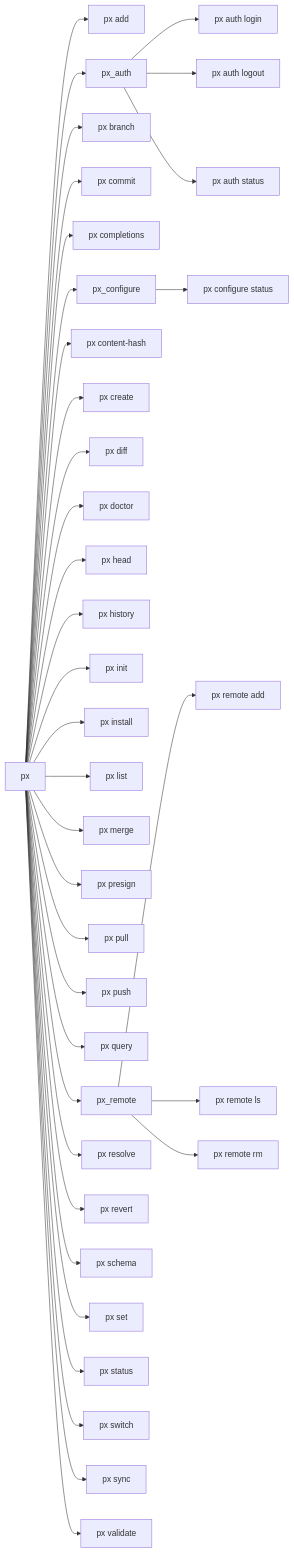
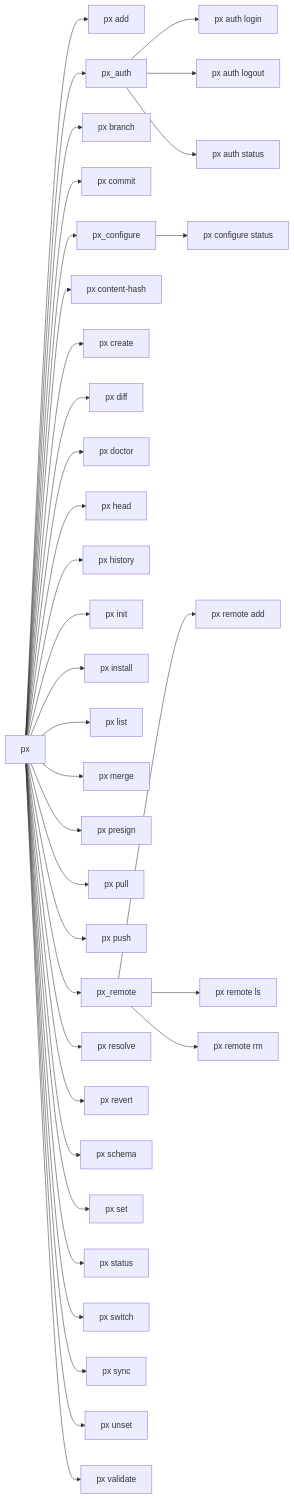
The diagram in docs/generated/commands.mermaid (portalshq/narrativeengine), drawn with Mermaid before and after one commit. The commit also changed 59 other files, not shown here.

```diff
--- a/docs/generated/commands.mermaid
+++ b/docs/generated/commands.mermaid
@@ -1,37 +1,36 @@
 graph LR
     px["px"] --> px_add["px add"]
     px["px"] --> px_auth["px auth"]
     px_auth["px_auth"] --> px_auth_login["px auth login"]
     px_auth["px_auth"] --> px_auth_logout["px auth logout"]
     px_auth["px_auth"] --> px_auth_status["px auth status"]
     px["px"] --> px_branch["px branch"]
     px["px"] --> px_commit["px commit"]
-    px["px"] --> px_completions["px completions"]
     px["px"] --> px_configure["px configure"]
     px_configure["px_configure"] --> px_configure_status["px configure status"]
     px["px"] --> px_content-hash["px content-hash"]
     px["px"] --> px_create["px create"]
     px["px"] --> px_diff["px diff"]
     px["px"] --> px_doctor["px doctor"]
     px["px"] --> px_head["px head"]
     px["px"] --> px_history["px history"]
     px["px"] --> px_init["px init"]
     px["px"] --> px_install["px install"]
     px["px"] --> px_list["px list"]
     px["px"] --> px_merge["px merge"]
     px["px"] --> px_presign["px presign"]
     px["px"] --> px_pull["px pull"]
     px["px"] --> px_push["px push"]
-    px["px"] --> px_query["px query"]
     px["px"] --> px_remote["px remote"]
     px_remote["px_remote"] --> px_remote_add["px remote add"]
     px_remote["px_remote"] --> px_remote_ls["px remote ls"]
     px_remote["px_remote"] --> px_remote_rm["px remote rm"]
     px["px"] --> px_resolve["px resolve"]
     px["px"] --> px_revert["px revert"]
     px["px"] --> px_schema["px schema"]
     px["px"] --> px_set["px set"]
     px["px"] --> px_status["px status"]
     px["px"] --> px_switch["px switch"]
     px["px"] --> px_sync["px sync"]
+    px["px"] --> px_unset["px unset"]
     px["px"] --> px_validate["px validate"]
```
